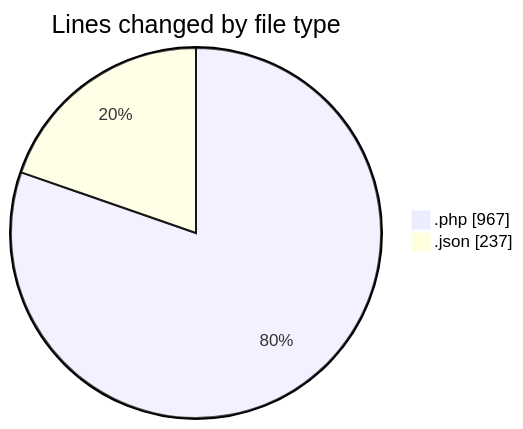
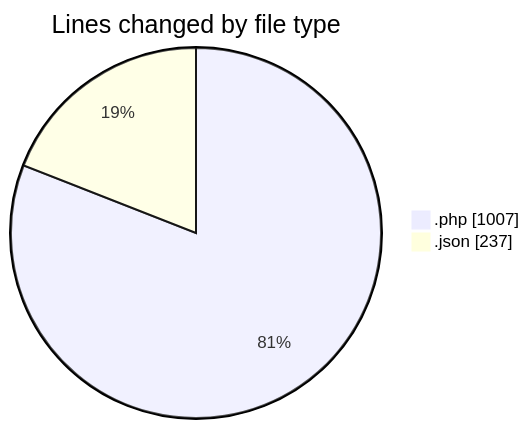
The first of 2 diagrams in 2025-06-02/studio-backend/README.md (idhammustaqopulfikri/code-tracking), drawn with Mermaid before and after one commit. The commit also changed other lines of this file and 1 other file, not shown here.

````diff
--- a/2025-06-02/studio-backend/README.md
+++ b/2025-06-02/studio-backend/README.md
@@ -34,6 +34,6 @@
 ```mermaid
 pie showData
 title Lines changed by file type
-".php" : 967
+".php" : 1007
 ".json" : 237
 ```
````
